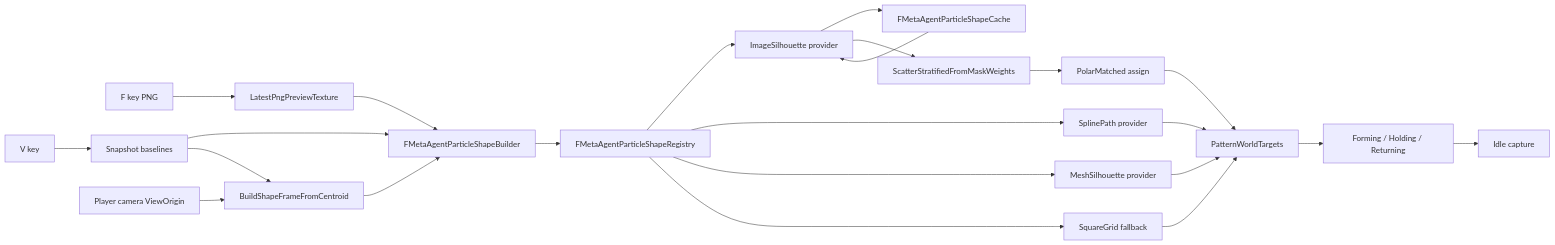
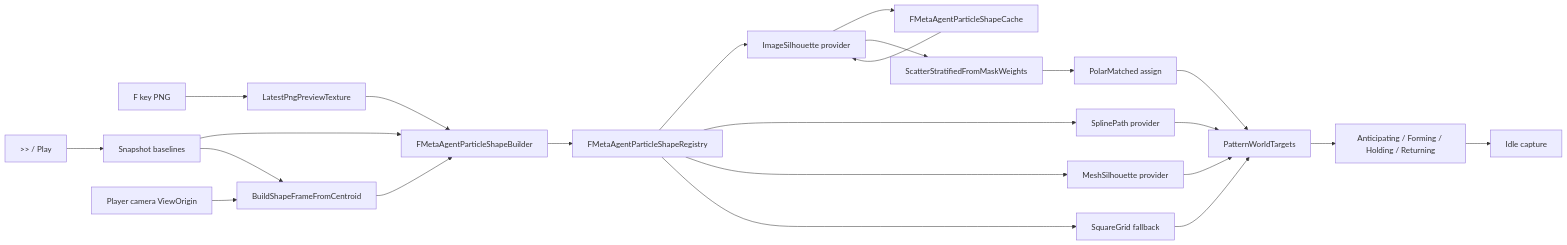
Diagram 13 of 14 in README.md (vecnode/metaagent-ue5-plugin), drawn with Mermaid before and after one commit. The commit also changed other lines of this file, not shown here.

````diff
--- a/README.md
+++ b/README.md
@@ -872,25 +875,25 @@
 ```mermaid
 flowchart LR
     F[F key PNG] --> TEX[LatestPngPreviewTexture]
-    V[V key] --> SNAP[Snapshot baselines]
+    STEP[>> / Play] --> SNAP[Snapshot baselines]
     SNAP --> BUILDER[FMetaAgentParticleShapeBuilder]
     TEX --> BUILDER
     CAM[Player camera ViewOrigin] --> FRAME[BuildShapeFrameFromCentroid]
     SNAP --> FRAME
     FRAME --> BUILDER
     BUILDER --> REG[FMetaAgentParticleShapeRegistry]
     REG --> IMG[ImageSilhouette provider]
     REG --> SPL[SplinePath provider]
     REG --> MSH[MeshSilhouette provider]
     REG --> GRID[SquareGrid fallback]
     IMG --> CACHE[FMetaAgentParticleShapeCache]
     CACHE --> IMG
     IMG --> SCATTER[ScatterStratifiedFromMaskWeights]
     SCATTER --> ASSIGN[PolarMatched assign]
     ASSIGN --> TGT[PatternWorldTargets]
     SPL --> TGT
     MSH --> TGT
     GRID --> TGT
-    TGT --> CHOREO[Forming / Holding / Returning]
+    TGT --> CHOREO[Anticipating / Forming / Holding / Returning]
     CHOREO --> IDLE[Idle capture]
 ```
````
